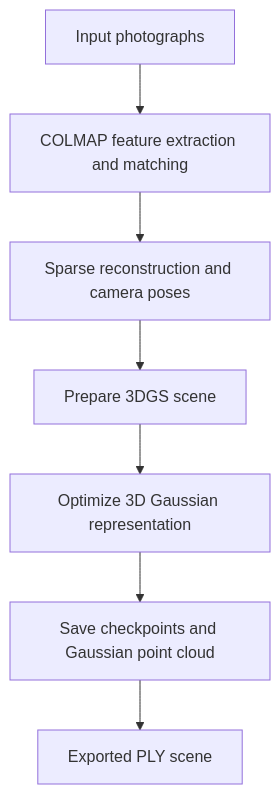
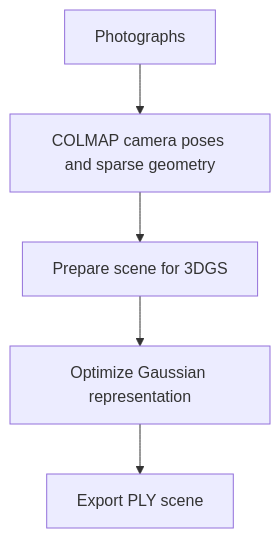
One commit to Pouryashz/Gaussian_Splatting changed the diagram in README.md. Above: the diagram before and after it, drawn with Mermaid. The commit also changed other lines of this file, not shown here.

````diff
--- a/README.md
+++ b/README.md
@@ -22,9 +10,7 @@
 ```mermaid
 flowchart TD
-    A[Input photographs] --> B[COLMAP feature extraction and matching]
-    B --> C[Sparse reconstruction and camera poses]
-    C --> D[Prepare 3DGS scene]
-    D --> E[Optimize 3D Gaussian representation]
-    E --> F[Save checkpoints and Gaussian point cloud]
-    F --> G[Exported PLY scene]
+    A[Photographs] --> B[COLMAP camera poses and sparse geometry]
+    B --> C[Prepare scene for 3DGS]
+    C --> D[Optimize Gaussian representation]
+    D --> E[Export PLY scene]
 ```
````
